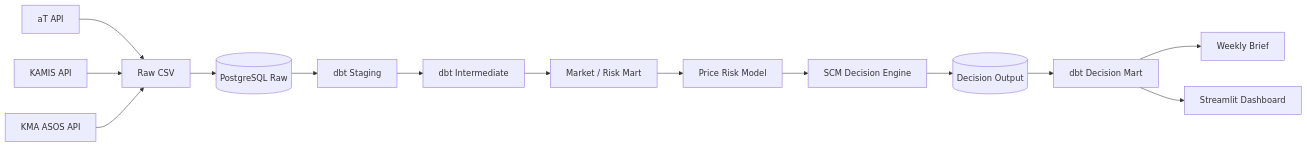
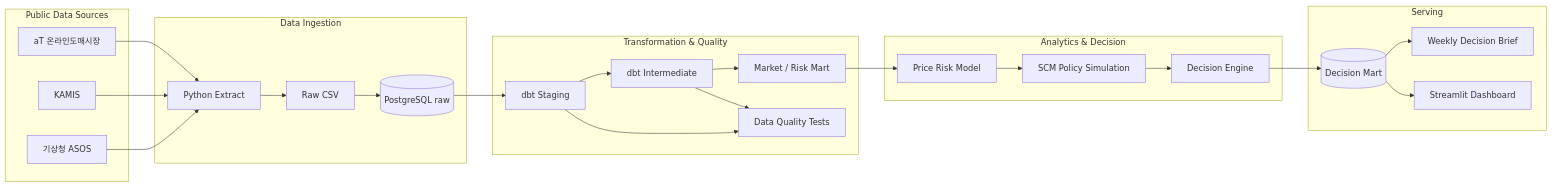
The first of 2 diagrams in README.md (isakacindy/retailops-ax), drawn with Mermaid before and after one commit. The commit also changed other lines of this file, not shown here.

````diff
--- a/README.md
+++ b/README.md
@@ -44,19 +48,45 @@
 ```mermaid
 flowchart LR
-    A1[aT API] --> B[Raw CSV]
-    A2[KAMIS API] --> B
-    A3[KMA ASOS API] --> B
+    subgraph S1[Public Data Sources]
+        A1[aT 온라인도매시장]
+        A2[KAMIS]
+        A3[기상청 ASOS]
+    end
 
-    B --> C[(PostgreSQL Raw)]
-    C --> D[dbt Staging]
-    D --> E[dbt Intermediate]
-    E --> F[Market / Risk Mart]
+    subgraph S2[Data Ingestion]
+        B1[Python Extract]
+        B2[Raw CSV]
+        B3[(PostgreSQL raw)]
+    end
 
-    F --> G[Price Risk Model]
-    G --> H[SCM Decision Engine]
-    H --> I[(Decision Output)]
-    I --> J[dbt Decision Mart]
+    subgraph S3[Transformation & Quality]
+        C1[dbt Staging]
+        C2[dbt Intermediate]
+        C3[Market / Risk Mart]
+        C4[Data Quality Tests]
+    end
 
-    J --> K[Weekly Brief]
-    J --> L[Streamlit Dashboard]
+    subgraph S4[Analytics & Decision]
+        D1[Price Risk Model]
+        D2[SCM Policy Simulation]
+        D3[Decision Engine]
+    end
+
+    subgraph S5[Serving]
+        E1[(Decision Mart)]
+        E2[Weekly Decision Brief]
+        E3[Streamlit Dashboard]
+    end
+
+    A1 --> B1
+    A2 --> B1
+    A3 --> B1
+    B1 --> B2 --> B3
+    B3 --> C1 --> C2 --> C3
+    C1 --> C4
+    C2 --> C4
+    C3 --> D1 --> D2 --> D3
+    D3 --> E1
+    E1 --> E2
+    E1 --> E3
 ```
````
